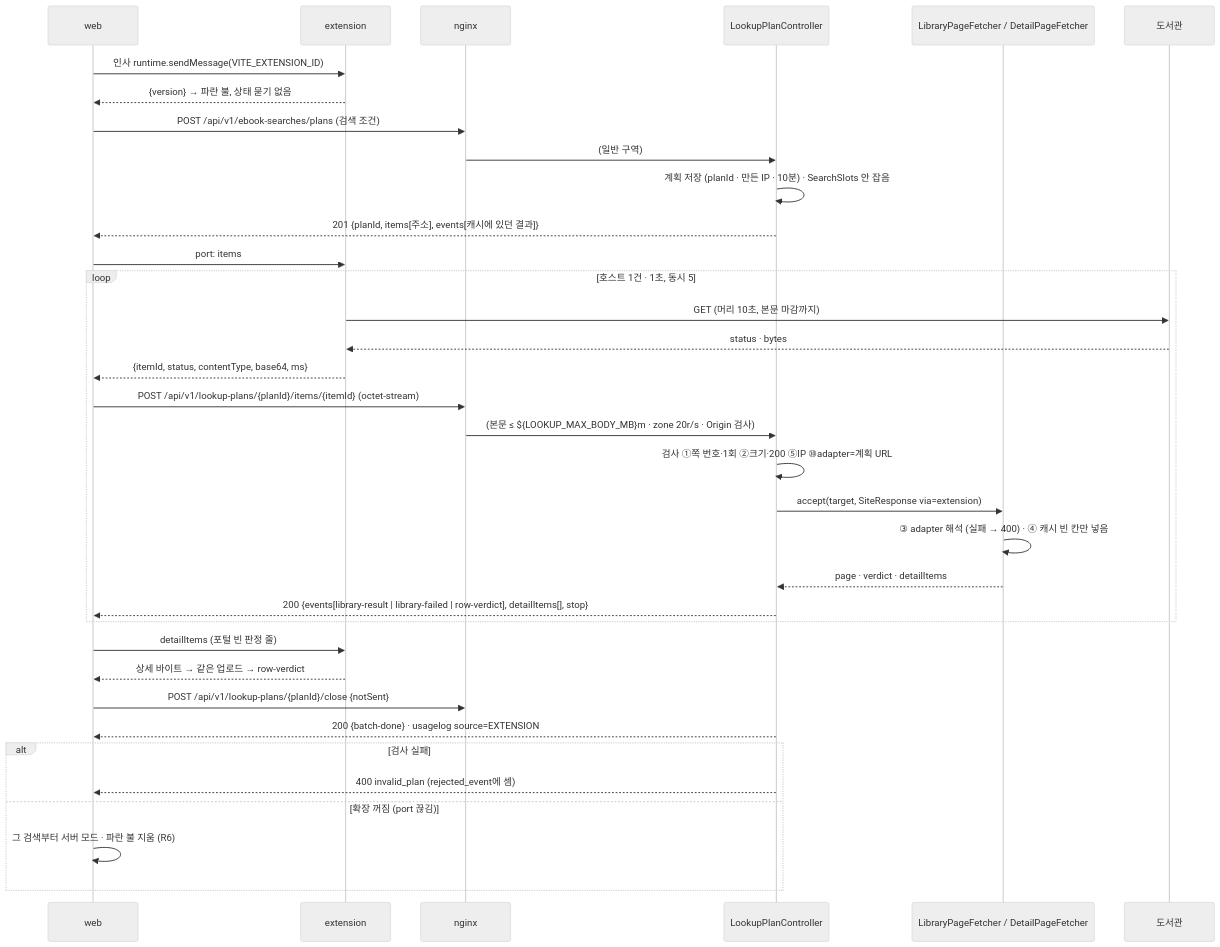
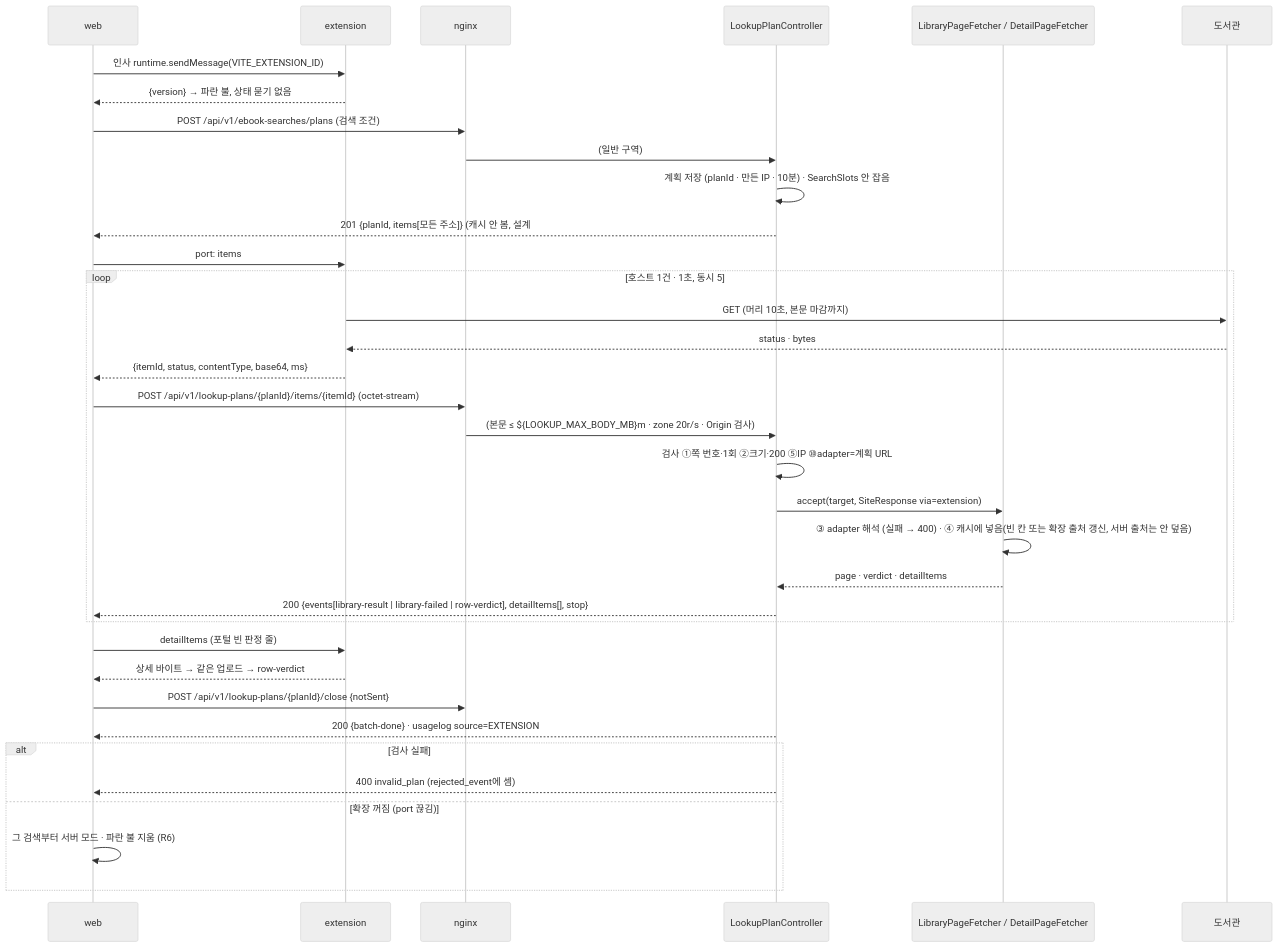
Before and after one commit to hodu-sketch/chaekcheck-plan: the third of 5 diagrams in docs/cycles/20-lookup-status-and-extension/design-delta.md, drawn with Mermaid (neutral theme). The commit also changed other lines of this file and 3 other files, not shown here.

````diff
--- a/docs/cycles/20-lookup-status-and-extension/design-delta.md
+++ b/docs/cycles/20-lookup-status-and-extension/design-delta.md
@@ -63,37 +63,37 @@
 ```mermaid
 sequenceDiagram
   participant W as web
   participant X as extension
   participant N as nginx
   participant P as LookupPlanController
   participant F as LibraryPageFetcher / DetailPageFetcher
   participant L as 도서관
   W->>X: 인사 runtime.sendMessage(VITE_EXTENSION_ID)
   X-->>W: {version} → 파란 불, 상태 묻기 없음
   W->>N: POST /api/v1/ebook-searches/plans (검색 조건)
   N->>P: (일반 구역)
   P->>P: 계획 저장 (planId · 만든 IP · 10분) · SearchSlots 안 잡음
-  P-->>W: 201 {planId, items[주소], events[캐시에 있던 결과]}
+  P-->>W: 201 {planId, items[모든 주소]} (캐시 안 봄, 설계 #9)
   W->>X: port: items
   loop 호스트 1건 · 1초, 동시 5
     X->>L: GET (머리 10초, 본문 마감까지)
     L-->>X: status · bytes
     X-->>W: {itemId, status, contentType, base64, ms}
     W->>N: POST /api/v1/lookup-plans/{planId}/items/{itemId} (octet-stream)
     N->>P: (본문 ≤ ${LOOKUP_MAX_BODY_MB}m · zone 20r/s · Origin 검사)
     P->>P: 검사 ①쪽 번호·1회 ②크기·200 ⑤IP ⑩adapter=계획 URL
     P->>F: accept(target, SiteResponse via=extension)
-    F->>F: ③ adapter 해석 (실패 → 400) · ④ 캐시 빈 칸만 넣음
+    F->>F: ③ adapter 해석 (실패 → 400) · ④ 캐시에 넣음(빈 칸 또는 확장 출처 갱신, 서버 출처는 안 덮음)
     F-->>P: page · verdict · detailItems
     P-->>W: 200 {events[library-result | library-failed | row-verdict], detailItems[], stop}
   end
   W->>X: detailItems (포털 빈 판정 줄)
   X-->>W: 상세 바이트 → 같은 업로드 → row-verdict
   W->>N: POST /api/v1/lookup-plans/{planId}/close {notSent}
   P-->>W: 200 {batch-done} · usagelog source=EXTENSION
   alt 검사 실패
     P-->>W: 400 invalid_plan (rejected_event에 셈)
   else 확장 꺼짐 (port 끊김)
     W->>W: 그 검색부터 서버 모드 · 파란 불 지움 (R6)
   end
 ```
````
